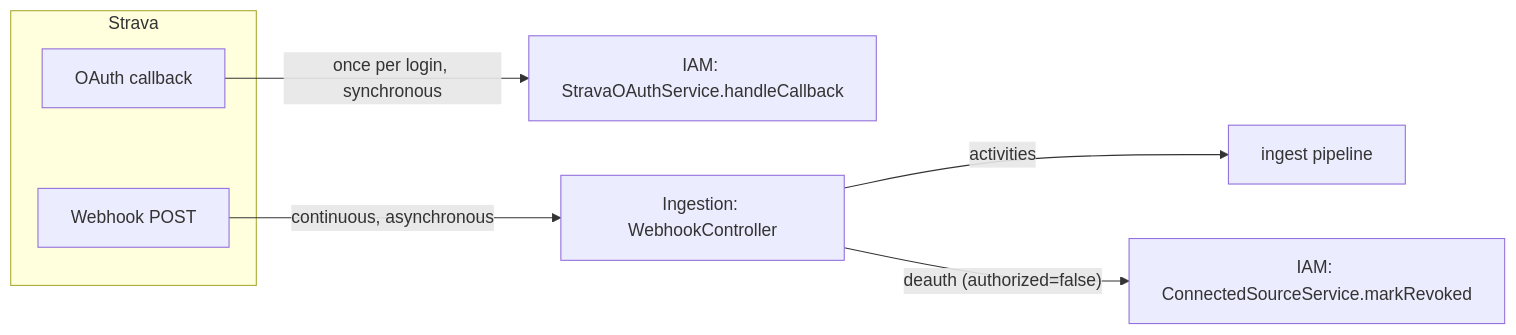
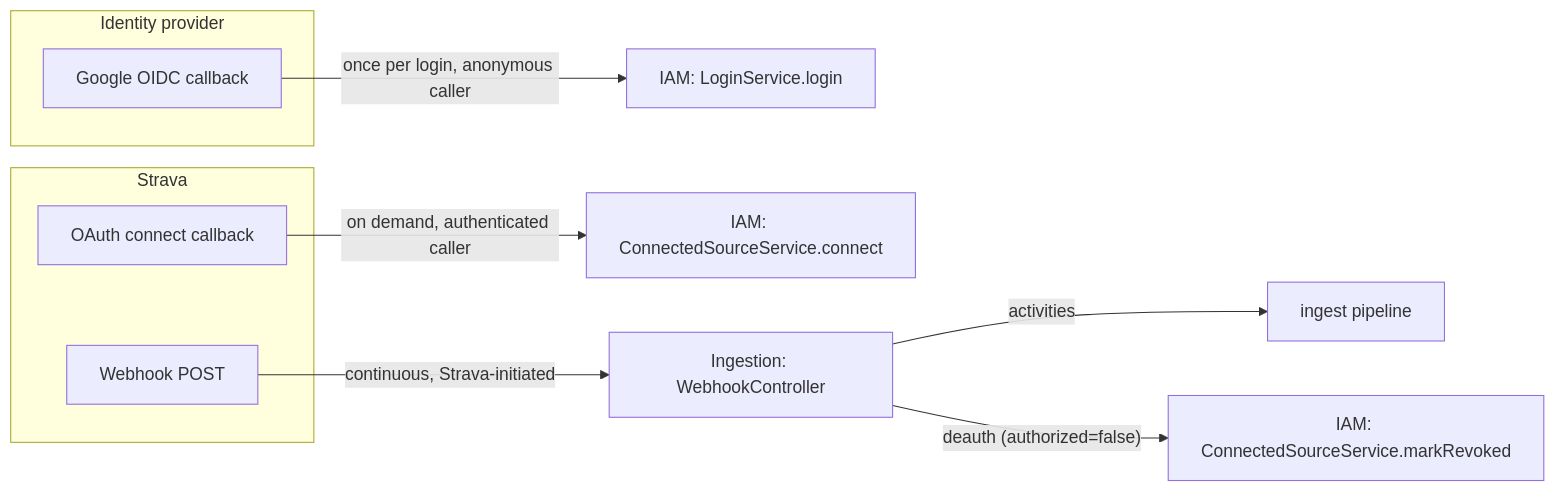
Before and after one commit to PrimaryInspection2/aperitivo: the diagram in docs/contexts/identity-access/domain-model.md, drawn with Mermaid. The commit also changed other lines of this file and 65 other files, not shown here.

Commit message:
sign in with Google (OIDC) and connect Strava as a data source from an authenticated session

````diff
--- a/docs/contexts/identity-access/domain-model.md
+++ b/docs/contexts/identity-access/domain-model.md
@@ -226,13 +374,18 @@
 ```mermaid
 flowchart LR
+    subgraph Identity provider
+        GOOG[Google OIDC callback]
+    end
+
     subgraph Strava
-        OAuth[OAuth callback]
+        OAuth[OAuth connect callback]
         WH[Webhook POST]
     end
 
-    OAuth -- once per login, synchronous --> SOS[IAM: StravaOAuthService.handleCallback]
-    WH -- continuous, asynchronous --> WC[Ingestion: WebhookController]
+    GOOG -- once per login, anonymous caller --> LS[IAM: LoginService.login]
+    OAuth -- on demand, authenticated caller --> CSS2[IAM: ConnectedSourceService.connect]
+    WH -- continuous, Strava-initiated --> WC[Ingestion: WebhookController]
 
     WC -- activities --> ING[ingest pipeline]
     WC -- "deauth (authorized=false)" --> CSS[IAM: ConnectedSourceService.markRevoked]
 ```
````
